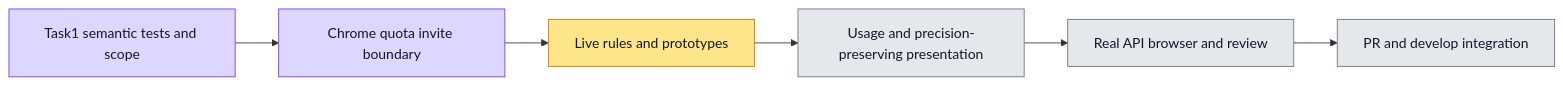
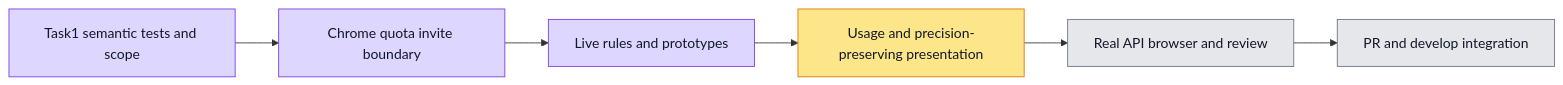
The diagram in evidence/admin-member-quotas-i18n-6212/admin-member-quotas-6212.md (boardx/workspacex), drawn with Mermaid before and after one commit. The commit also changed 10 other files, not shown here.

Commit message:
feat(i18n): localize live limit rules and degradation prototypes (#6212)

````diff
--- a/evidence/admin-member-quotas-i18n-6212/admin-member-quotas-6212.md
+++ b/evidence/admin-member-quotas-i18n-6212/admin-member-quotas-6212.md
@@ -24,9 +24,9 @@
 ```mermaid
 flowchart LR
- A[Task1 semantic tests and scope]:::tested --> B[Chrome quota invite boundary]:::tested --> C[Live rules and prototypes]:::doing --> D[Usage and precision-preserving presentation]:::todo --> E[Real API browser and review]:::todo --> F[PR and develop integration]:::todo
+ A[Task1 semantic tests and scope]:::tested --> B[Chrome quota invite boundary]:::tested --> C[Live rules and prototypes]:::tested --> D[Usage and precision-preserving presentation]:::doing --> E[Real API browser and review]:::todo --> F[PR and develop integration]:::todo
  classDef todo fill:#e5e7eb,stroke:#6b7280,color:#111827
  classDef doing fill:#fde68a,stroke:#d97706,color:#111827
  classDef done fill:#bbf7d0,stroke:#16a34a,color:#111827
  classDef tested fill:#ddd6fe,stroke:#7c3aed,color:#111827
  classDef blocked fill:#fecaca,stroke:#dc2626,color:#111827
 ```
````
